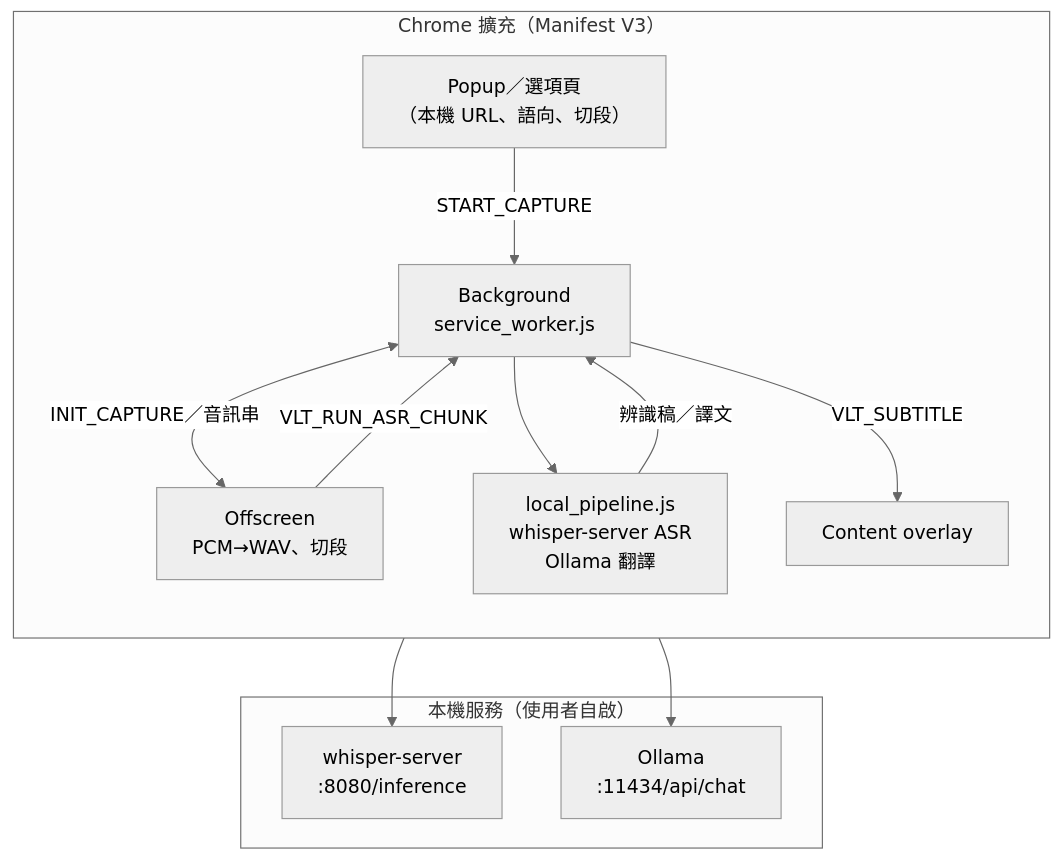
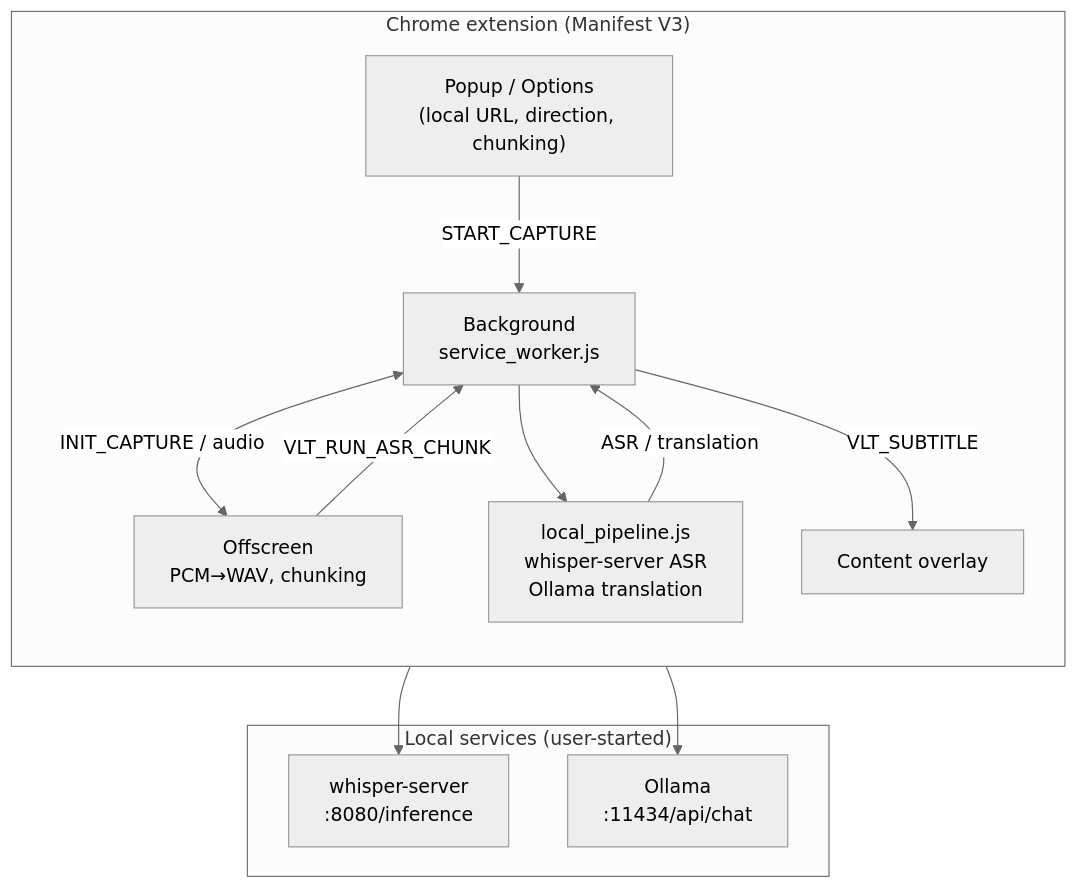
The diagram in README.md (BrianChang1212/chrome_video_live_translate), drawn with Mermaid (neutral theme) before and after one commit. The commit also changed other lines of this file and 19 other files, not shown here.

````diff
--- a/README.md
+++ b/README.md
@@ -41,26 +48,26 @@
 ```mermaid
 flowchart TB
-  subgraph CHROME["Chrome 擴充（Manifest V3）"]
+  subgraph CHROME["Chrome extension (Manifest V3)"]
     direction TB
-    POP["Popup／選項頁<br/>（本機 URL、語向、切段）"]
+    POP["Popup / Options<br/>(local URL, direction, chunking)"]
     SW["Background<br/>service_worker.js"]
-    LP["local_pipeline.js<br/>whisper-server ASR<br/>Ollama 翻譯"]
-    OFF["Offscreen<br/>PCM→WAV、切段"]
+    LP["local_pipeline.js<br/>whisper-server ASR<br/>Ollama translation"]
+    OFF["Offscreen<br/>PCM→WAV, chunking"]
     CS["Content overlay"]
 
     POP -->|"START_CAPTURE"| SW
-    SW <-->|"INIT_CAPTURE／音訊串"| OFF
+    SW <-->|"INIT_CAPTURE / audio"| OFF
     OFF -->|"VLT_RUN_ASR_CHUNK"| SW
     SW --> LP
-    LP -->|"辨識稿／譯文"| SW
+    LP -->|"ASR / translation"| SW
     SW -->|"VLT_SUBTITLE"| CS
   end
 
-  subgraph LOCAL["本機服務（使用者自啟）"]
+  subgraph LOCAL["Local services (user-started)"]
     WH["whisper-server<br/>:8080/inference"]
     OL["Ollama<br/>:11434/api/chat"]
   end
 
   LP --> WH
   LP --> OL
 ```
````
